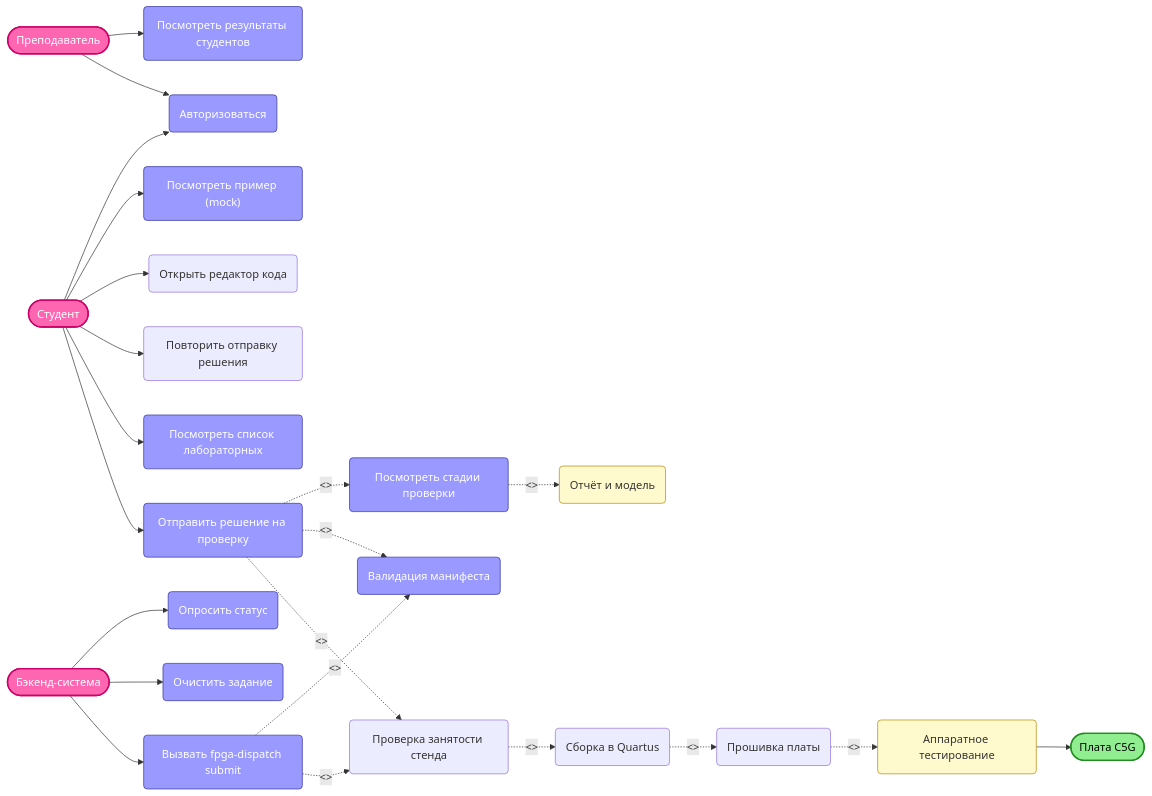
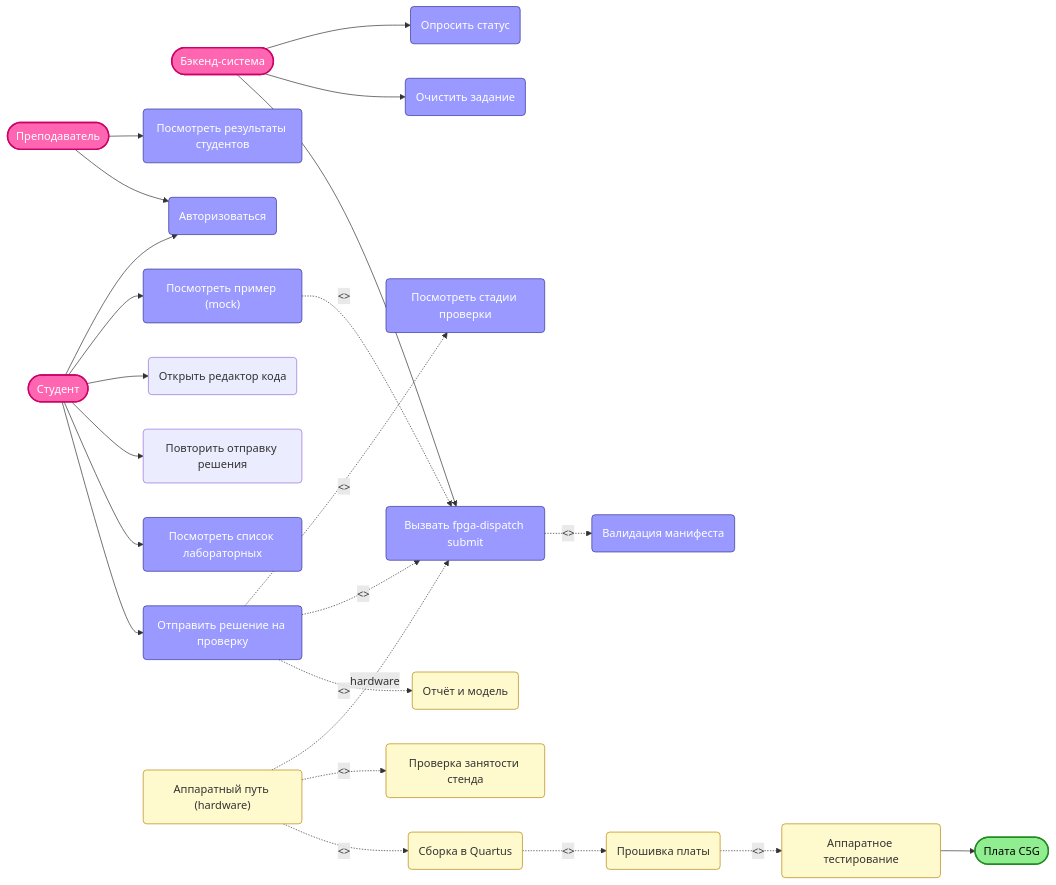
The eighth of 8 diagrams in docs/Diagrams.md (quevexvv/FPGA-online-platform), drawn with Mermaid before and after one commit. The commit also changed other lines of this file and 5 other files, not shown here.

````diff
--- a/docs/Diagrams.md
+++ b/docs/Diagrams.md
@@ -248,70 +301,72 @@
 ```mermaid
 flowchart LR
     %% === СТИЛИ ===
     classDef actor fill:#ff66b2,stroke:#cc0066,color:white,stroke-width:2px
     classDef uc fill:#9999ff,stroke:#333399,color:white,stroke-width:1px
     classDef internal fill:#fffacd,stroke:#b8860b,color:#333333,stroke-width:1px
     classDef external fill:#90ee90,stroke:#228b22,color:black,stroke-width:2px
 
     %% === АКТОРЫ (розовые) ===
     Teacher([Преподаватель])
     Student([Студент])
     Backend([Бэкенд-система])
     FPGA([Плата C5G])
 
     %% === USE CASES СТУДЕНТА (голубые) ===
     UC1("Авторизоваться")
     UC2("Посмотреть пример (mock)")
     UC3("Открыть редактор кода")
     UC4("Повторить отправку решения")
-    UC5("Посмотреть список лабораторных")    
+    UC5("Посмотреть список лабораторных")
     UC6("Отправить решение на проверку")
 
 
     %% === USE CASES ПРЕПОДАВАТЕЛЯ ===
     UC7("Посмотреть результаты студентов")
 
     %% === USE CASES БЭКЕНДА ===
     UC8("Опросить статус")
     UC9("Очистить задание")
     UC10("Вызвать fpga-dispatch submit")
 
     %% === ВНУТРЕННИЕ (жёлтые) ===
     UC11("Валидация манифеста")
     UC12("Посмотреть стадии проверки")
     UC13("Проверка занятости стенда")
     UC14("Сборка в Quartus")
     UC15("Прошивка платы")
     UC16("Аппаратное тестирование")
     UC17("Отчёт и модель")
+    UCHW("Аппаратный путь (hardware)")
 
     %% === СВЯЗИ ===
     Teacher --> UC7
     Teacher --> UC1
     Student --> UC1
     Student --> UC2
     Student --> UC3
     Student --> UC4
     Student --> UC5
     Student --> UC6
     Backend --> UC8
     Backend --> UC9
     Backend --> UC10
 
     UC6 -.->|<<include>>| UC12
-    UC6 -.->|<<include>>| UC11
-    UC6 -.->|<<include>>| UC13
-    UC12 -.->|<<include>>| UC17
+    UC6 -.->|<<include>>| UC10
+    UC2 -.->|<<include>>| UC10
+    UC6 -.->|<<include>>| UC17
     UC10 -.->|<<include>>| UC11
-    UC10 -.->|<<include>>| UC13
-    UC13 -.->|<<include>>| UC14
+    UCHW -.->|hardware| UC10
+    UCHW -.->|<<include>>| UC13
+    UCHW -.->|<<include>>| UC14
     UC14 -.->|<<include>>| UC15
     UC15 -.->|<<include>>| UC16
     UC16 --> FPGA
 
     %% === ПРИМЕНЕНИЕ СТИЛЕЙ ===
     class Teacher,Student,Backend actor
     class FPGA external
     class UC1,UC2,UC5,UC6,UC7,UC8,UC9,UC10,UC11,UC12 uc
-    class UC16,UC17,UC18,UC19,UC20 internal
+    class UC13,UC14,UC15,UC16,UC17,UCHW internal
 ```
````
